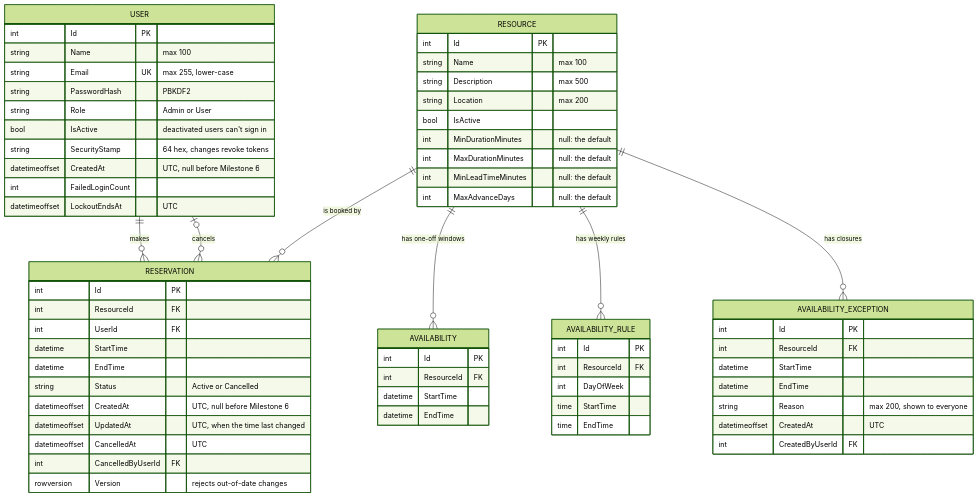
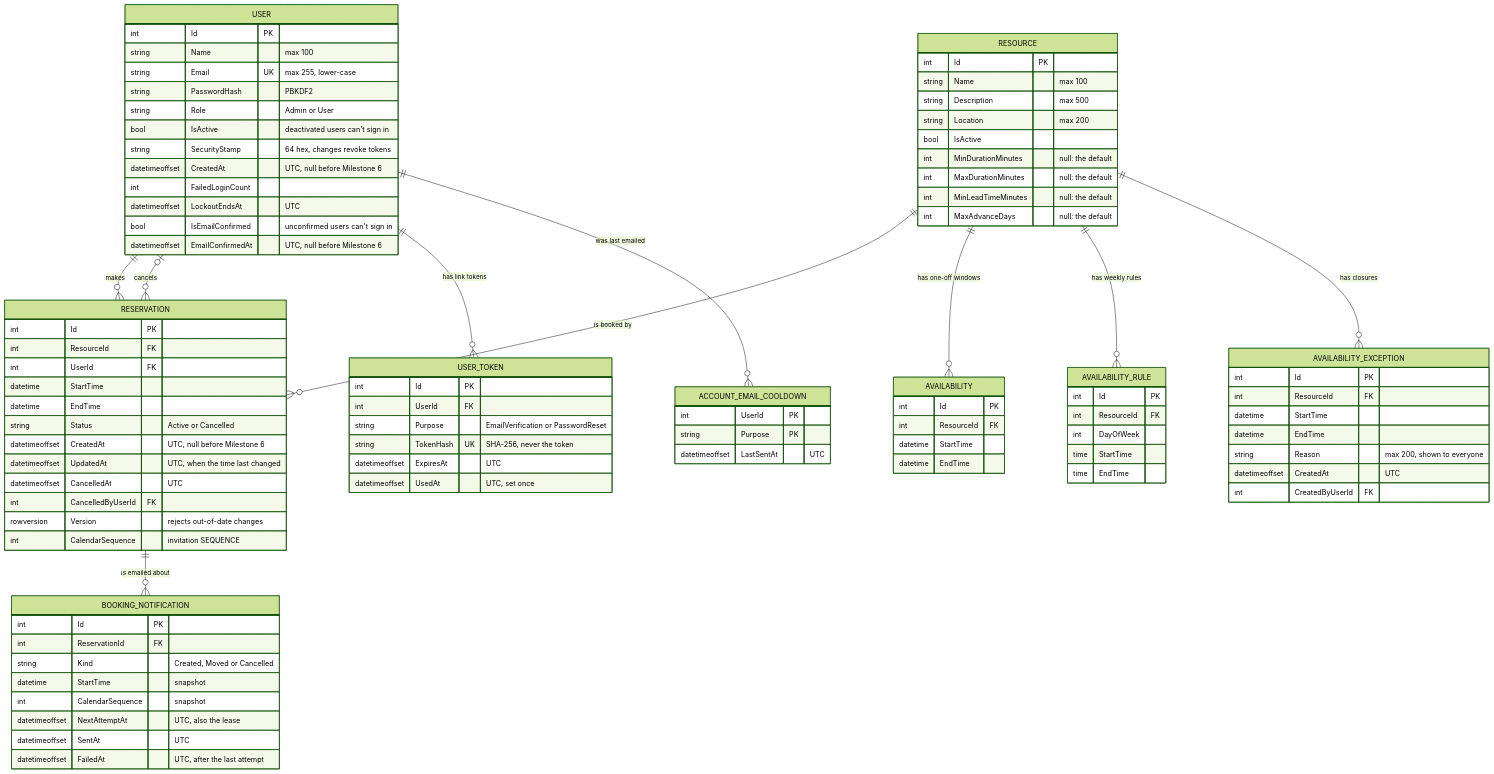
One commit to Andershgras/resource-reservation-system changed the third of 5 diagrams in docs/architecture.md. Above: the diagram before and after it, drawn with Mermaid (forest theme). The commit also changed other lines of this file and 9 other files, not shown here.

First line of the commit message:
Document email verification, password reset and booking emails

````diff
--- a/docs/architecture.md
+++ b/docs/architecture.md
@@ -101,6 +101,9 @@
     RESOURCE ||--o{ AVAILABILITY : "has one-off windows"
     RESOURCE ||--o{ AVAILABILITY_RULE : "has weekly rules"
     RESOURCE ||--o{ AVAILABILITY_EXCEPTION : "has closures"
+    USER ||--o{ USER_TOKEN : "has link tokens"
+    USER ||--o{ ACCOUNT_EMAIL_COOLDOWN : "was last emailed"
+    RESERVATION ||--o{ BOOKING_NOTIFICATION : "is emailed about"
 
     USER {
         int Id PK
@@ -113,6 +116,31 @@
         datetimeoffset CreatedAt "UTC, null before Milestone 6"
         int FailedLoginCount
         datetimeoffset LockoutEndsAt "UTC"
+        bool IsEmailConfirmed "unconfirmed users can't sign in"
+        datetimeoffset EmailConfirmedAt "UTC, null before Milestone 6"
+    }
+    USER_TOKEN {
+        int Id PK
+        int UserId FK
+        string Purpose "EmailVerification or PasswordReset"
+        string TokenHash UK "SHA-256, never the token"
+        datetimeoffset ExpiresAt "UTC"
+        datetimeoffset UsedAt "UTC, set once"
+    }
+    ACCOUNT_EMAIL_COOLDOWN {
+        int UserId PK
+        string Purpose PK
+        datetimeoffset LastSentAt "UTC"
+    }
+    BOOKING_NOTIFICATION {
+        int Id PK
+        int ReservationId FK
+        string Kind "Created, Moved or Cancelled"
+        datetime StartTime "snapshot"
+        int CalendarSequence "snapshot"
+        datetimeoffset NextAttemptAt "UTC, also the lease"
+        datetimeoffset SentAt "UTC"
+        datetimeoffset FailedAt "UTC, after the last attempt"
     }
     RESOURCE {
         int Id PK
@@ -159,5 +187,6 @@
         datetimeoffset CancelledAt "UTC"
         int CancelledByUserId FK
         rowversion Version "rejects out-of-date changes"
+        int CalendarSequence "invitation SEQUENCE"
     }
 ```
````
